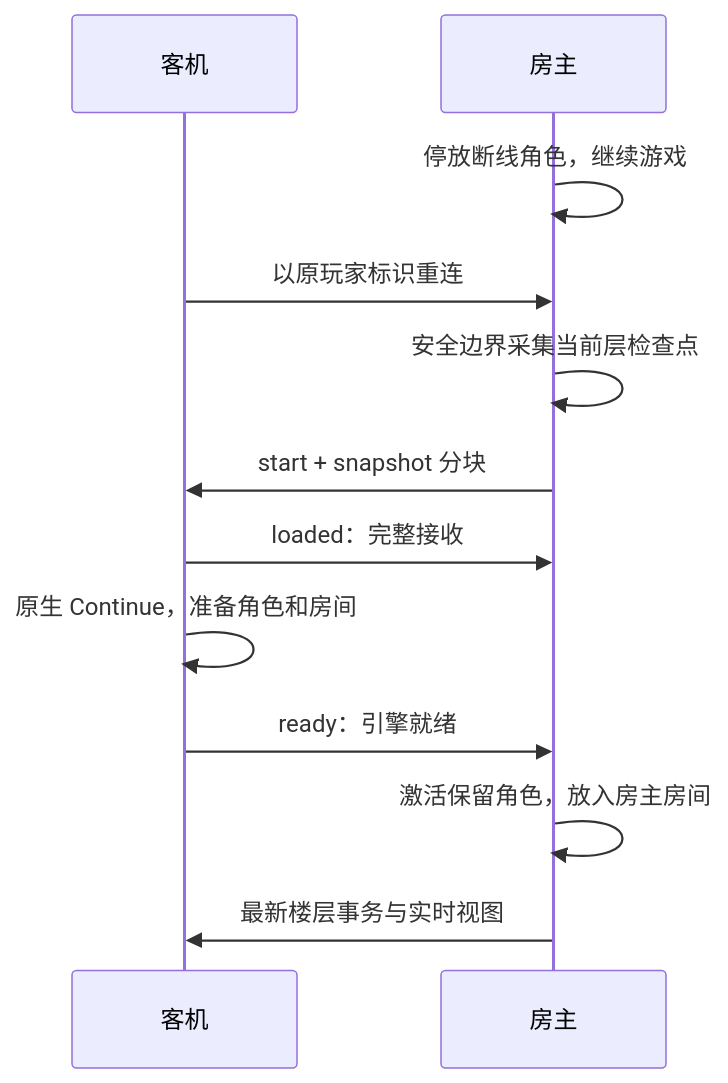
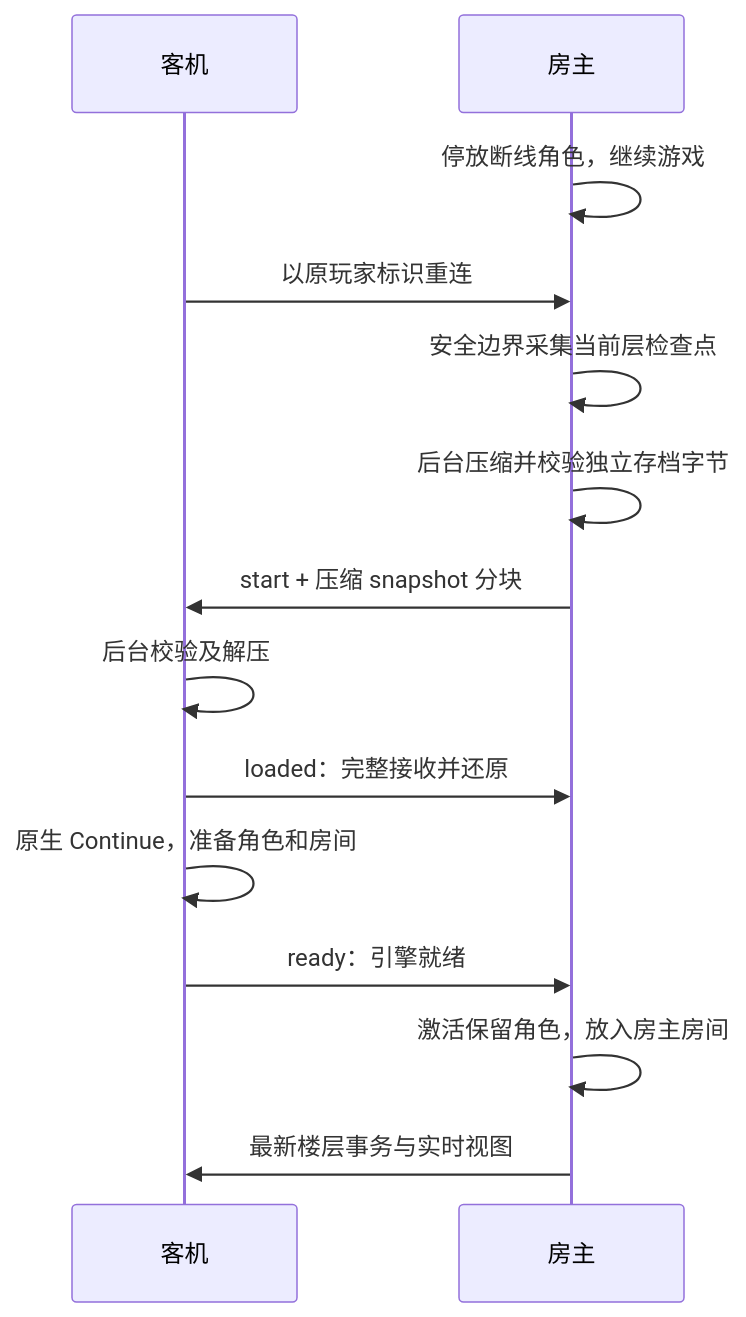
The second of 2 diagrams in docs/session-lifecycle.md (BMingSY/isaac-lan), drawn with Mermaid before and after one commit. The commit also changed other lines of this file and 79 other files, not shown here.

````diff
--- a/docs/session-lifecycle.md
+++ b/docs/session-lifecycle.md
@@ -66,14 +68,16 @@
 ```mermaid
 sequenceDiagram
     participant C as 客机
     participant H as 房主
     H->>H: 停放断线角色，继续游戏
     C->>H: 以原玩家标识重连
     H->>H: 安全边界采集当前层检查点
-    H->>C: start + snapshot 分块
-    C->>H: loaded：完整接收
+    H->>H: 后台压缩并校验独立存档字节
+    H->>C: start + 压缩 snapshot 分块
+    C->>C: 后台校验及解压
+    C->>H: loaded：完整接收并还原
     C->>C: 原生 Continue，准备角色和房间
     C->>H: ready：引擎就绪
     H->>H: 激活保留角色，放入房主房间
     H->>C: 最新楼层事务与实时视图
 ```
````
